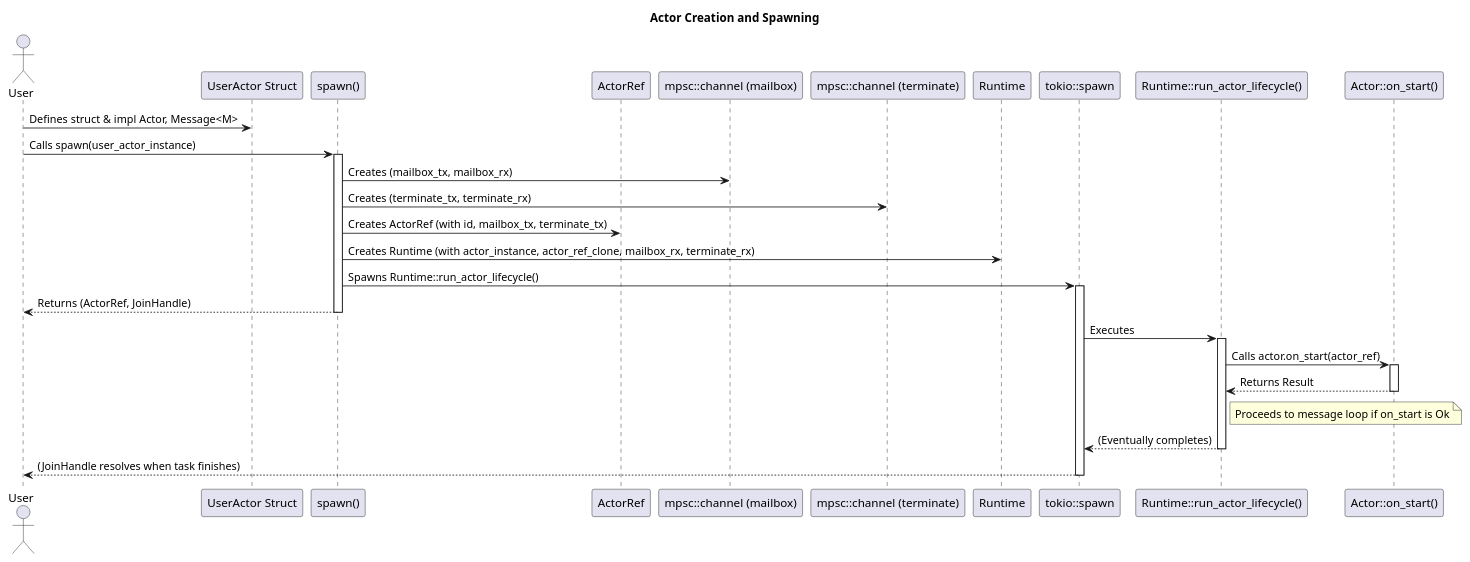
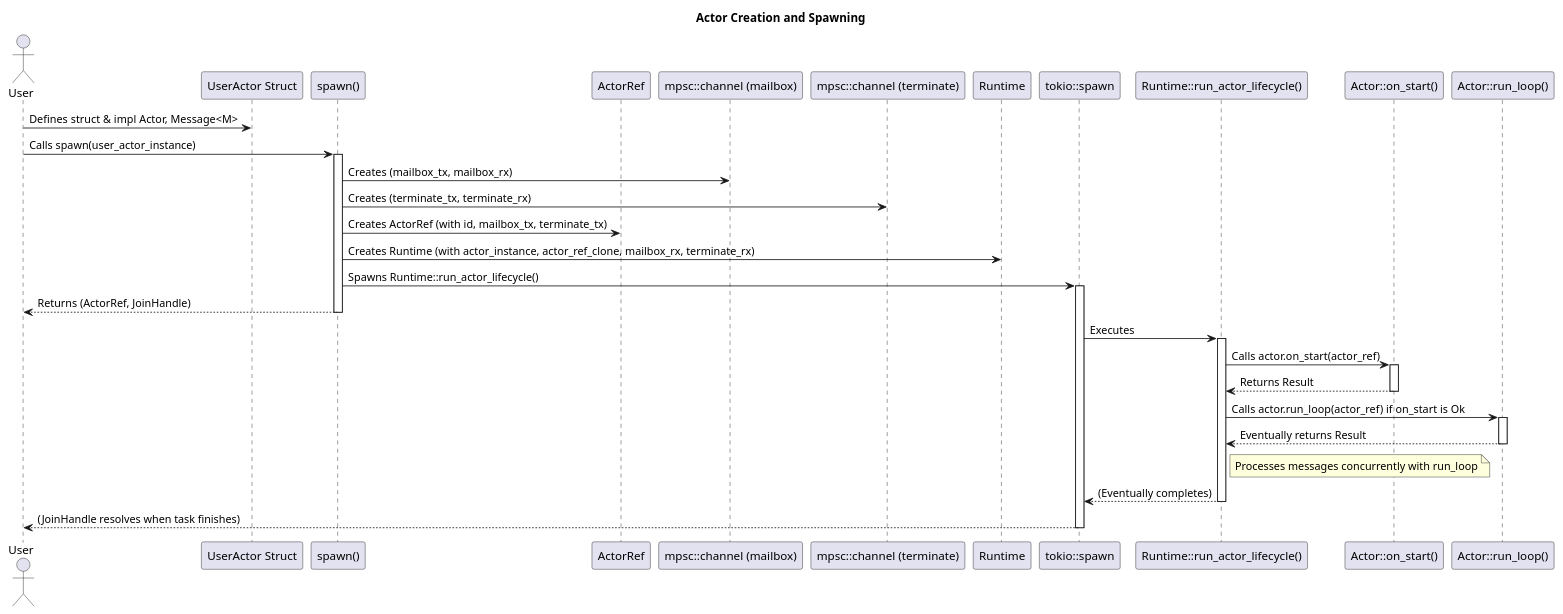
One commit to hiking90/rsactor changed the diagram in docs/creation.puml. Above: the diagram before and after it, drawn with PlantUML. The commit also changed 7 other files, not shown here.

```diff
--- a/docs/creation.puml
+++ b/docs/creation.puml
@@ -1,41 +1,46 @@
 @startuml Actor Cration and Spawning
 title Actor Creation and Spawning
 
 actor User
 participant "UserActor Struct" as UserActor
 participant "spawn()" as spawn_func
 participant "ActorRef" as ActorRef_type
 participant "mpsc::channel (mailbox)" as MailboxChannel
 participant "mpsc::channel (terminate)" as TerminateChannel
 participant "Runtime" as Runtime_type
 participant "tokio::spawn" as tokio_spawn
 participant "Runtime::run_actor_lifecycle()" as run_lifecycle
 participant "Actor::on_start()" as on_start_method
+participant "Actor::run_loop()" as run_loop_method
 
 User -> UserActor: Defines struct & impl Actor, Message<M>
 User -> spawn_func: Calls spawn(user_actor_instance)
 activate spawn_func
 
 spawn_func -> MailboxChannel: Creates (mailbox_tx, mailbox_rx)
 spawn_func -> TerminateChannel: Creates (terminate_tx, terminate_rx)
 spawn_func -> ActorRef_type: Creates ActorRef (with id, mailbox_tx, terminate_tx)
 spawn_func -> Runtime_type: Creates Runtime (with actor_instance, actor_ref_clone, mailbox_rx, terminate_rx)
 spawn_func -> tokio_spawn: Spawns Runtime::run_actor_lifecycle()
 activate tokio_spawn
 spawn_func --> User: Returns (ActorRef, JoinHandle)
 deactivate spawn_func
 
 tokio_spawn -> run_lifecycle: Executes
 activate run_lifecycle
 run_lifecycle -> on_start_method: Calls actor.on_start(actor_ref)
 activate on_start_method
 on_start_method --> run_lifecycle: Returns Result
 deactivate on_start_method
-note right of run_lifecycle: Proceeds to message loop if on_start is Ok
+run_lifecycle -> run_loop_method: Calls actor.run_loop(actor_ref) if on_start is Ok
+activate run_loop_method
+run_loop_method --> run_lifecycle: Eventually returns Result
+deactivate run_loop_method
+note right of run_lifecycle: Processes messages concurrently with run_loop
 
 run_lifecycle --> tokio_spawn: (Eventually completes)
 deactivate run_lifecycle
 tokio_spawn --> User: (JoinHandle resolves when task finishes)
 deactivate tokio_spawn
 
 @enduml
```
